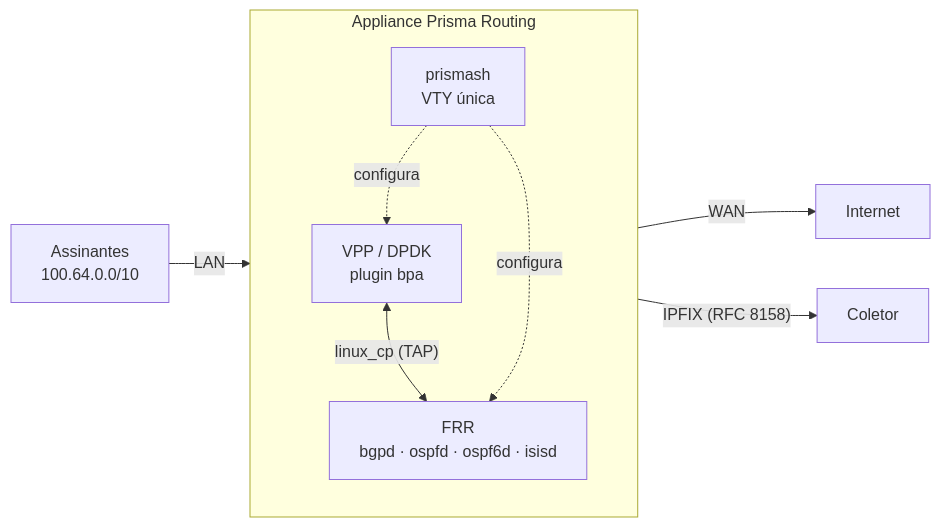
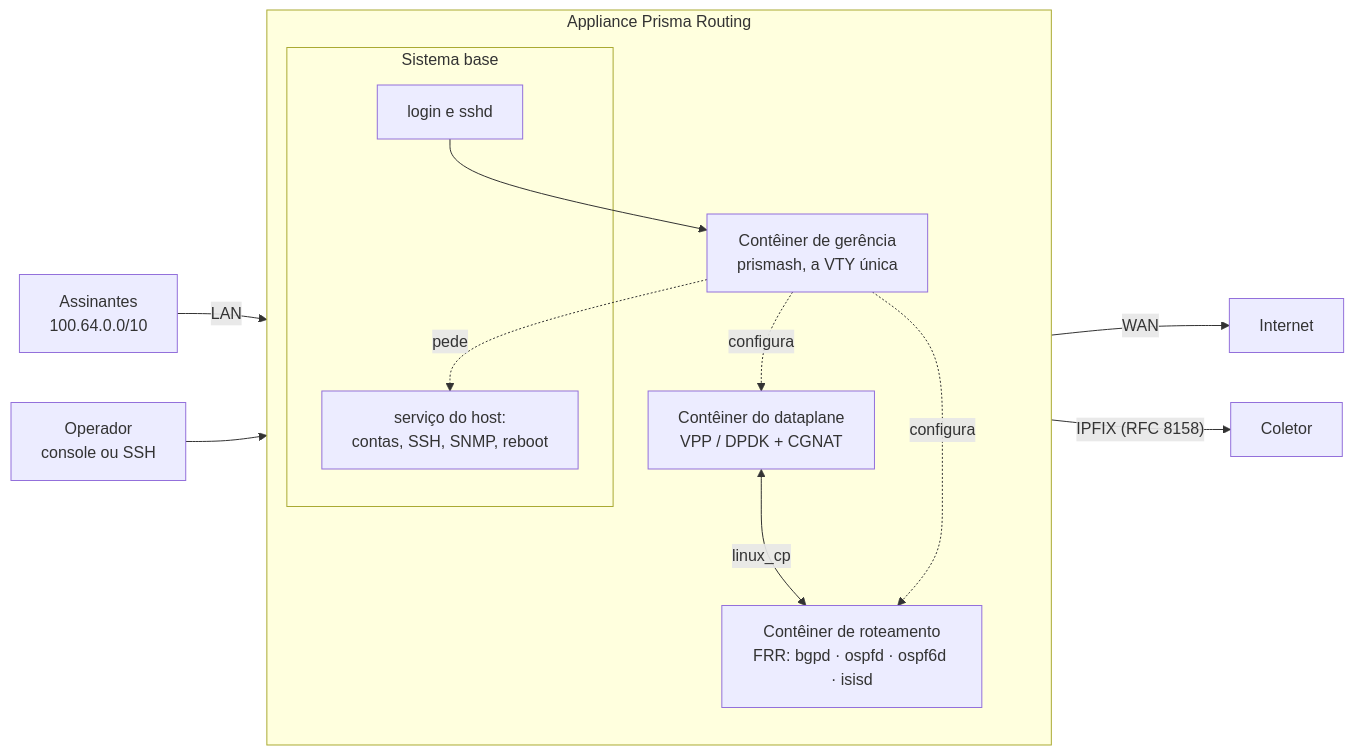
One commit to andrediashexa/prismarouting changed the diagram in wiki/entender-o-produto/prisma-routing-visao-geral.md. Above: the diagram before and after it, drawn with Mermaid. The commit also changed other lines of this file and 33 other files, not shown here.

````diff
--- a/wiki/entender-o-produto/prisma-routing-visao-geral.md
+++ b/wiki/entender-o-produto/prisma-routing-visao-geral.md
@@ -16,15 +20,22 @@
 ```mermaid
 flowchart LR
     SUB["Assinantes<br/>100.64.0.0/10"] -->|LAN| VPP
+    OP["Operador<br/>console ou SSH"] --> LOGIN
     subgraph BOX["Appliance Prisma Routing"]
         direction TB
-        VPP["VPP / DPDK<br/>plugin bpa"]
-        FRR["FRR<br/>bgpd · ospfd · ospf6d · isisd"]
-        VTY["prismash<br/>VTY única"]
-        VPP <-->|"linux_cp (TAP)"| FRR
+        subgraph HOST["Sistema base"]
+            LOGIN["login e sshd"]
+            DOORS["serviço do host:<br/>contas, SSH, SNMP, reboot"]
+        end
+        VPP["Contêiner do dataplane<br/>VPP / DPDK + CGNAT"]
+        FRR["Contêiner de roteamento<br/>FRR: bgpd · ospfd · ospf6d · isisd"]
+        VTY["Contêiner de gerência<br/>prismash, a VTY única"]
+        LOGIN --> VTY
+        VPP <-->|"linux_cp"| FRR
         VTY -.->|configura| VPP
         VTY -.->|configura| FRR
+        VTY -.->|pede| DOORS
     end
     VPP -->|WAN| NET["Internet"]
     VPP -->|"IPFIX (RFC 8158)"| COL["Coletor"]
 ```
````
